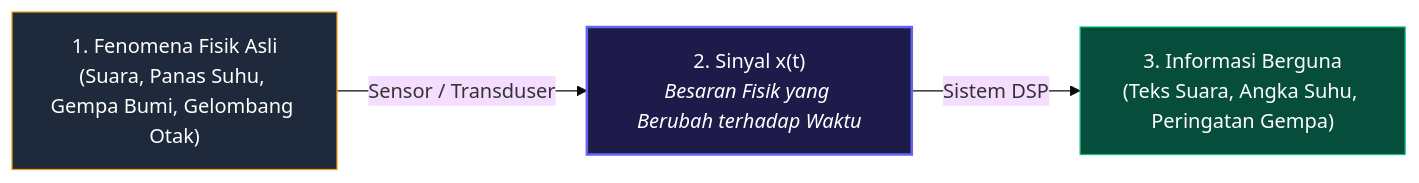
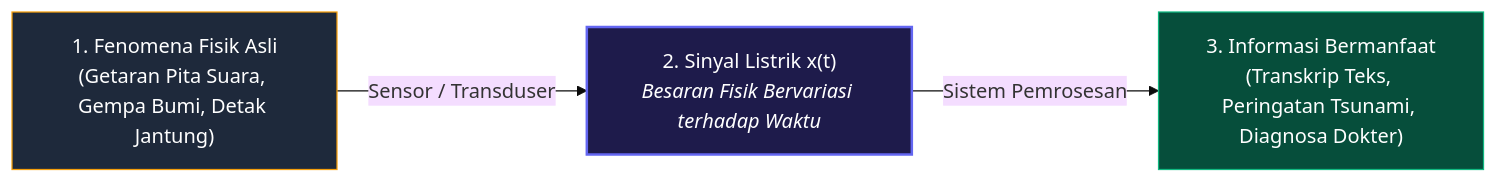
One commit to wheresabuy/PSD changed the first of 6 diagrams in README.md. Above: the diagram before and after it, drawn with Mermaid (base theme). The commit also changed other lines of this file, not shown here.

Commit message:
Reorganize textbook: Strict chronological order based on user prompts with min 4 paragraphs per sub-bab & 9 HD visual graphics

````diff
--- a/README.md
+++ b/README.md
@@ -44,9 +47,9 @@
 ```mermaid
 graph LR
-    Fenomena["1. Fenomena Fisik Asli<br>(Suara, Panas Suhu, Gempa Bumi, Gelombang Otak)"] -->|Sensor / Transduser| Sinyal["2. Sinyal x(t)<br><i>Besaran Fisik yang Berubah terhadap Waktu</i>"]
-    Sinyal -->|Sistem DSP| Hasil["3. Informasi Berguna<br>(Teks Suara, Angka Suhu, Peringatan Gempa)"]
+    Fenomena["1. Fenomena Fisik Asli<br>(Getaran Pita Suara, Gempa Bumi, Detak Jantung)"] -->|Sensor / Transduser| Sinyal["2. Sinyal Listrik x(t)<br><i>Besaran Fisik Bervariasi terhadap Waktu</i>"]
+    Sinyal -->|Sistem Pemrosesan| Informasi["3. Informasi Bermanfaat<br>(Transkrip Teks, Peringatan Tsunami, Diagnosa Dokter)"]
 
     style Fenomena fill:#1e293b,stroke:#f59e0b,color:#fff
     style Sinyal fill:#1e1b4b,stroke:#6366f1,stroke-width:2px,color:#fff
-    style Hasil fill:#064e3b,stroke:#10b981,color:#fff
+    style Informasi fill:#064e3b,stroke:#10b981,color:#fff
 ```
````
